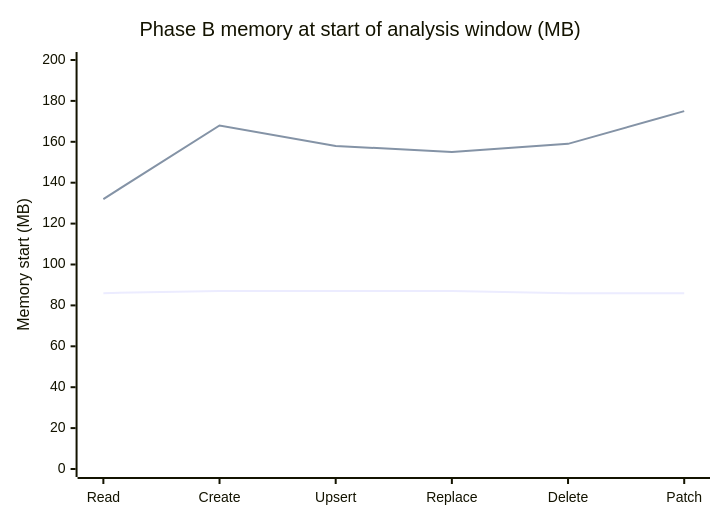
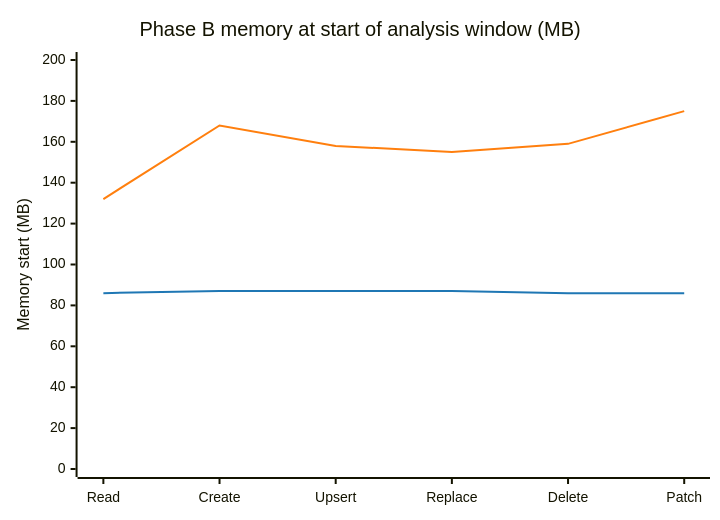
The fifth of 7 diagrams in sdk/cosmos/azure-cosmos/docs/rust-vs-python-perf-drill.md (Azure/azure-sdk-for-python), drawn with Mermaid before and after one commit. The commit also changed other lines of this file and 2 other files, not shown here.

````diff
--- a/sdk/cosmos/azure-cosmos/docs/rust-vs-python-perf-drill.md
+++ b/sdk/cosmos/azure-cosmos/docs/rust-vs-python-perf-drill.md
@@ -366,8 +288,14 @@
 ```mermaid
+---
+config:
+  themeVariables:
+    xyChart:
+      plotColorPalette: "#1f77b4,#ff7f0e"
+---
 xychart-beta
     title "Phase B memory at start of analysis window (MB)"
     x-axis ["Read","Create","Upsert","Replace","Delete","Patch"]
     y-axis "Memory start (MB)" 0 --> 200
     line "Core Python" [86,87,87,87,86,86]
     line "Rust" [132,168,158,155,159,175]
 ```
````
